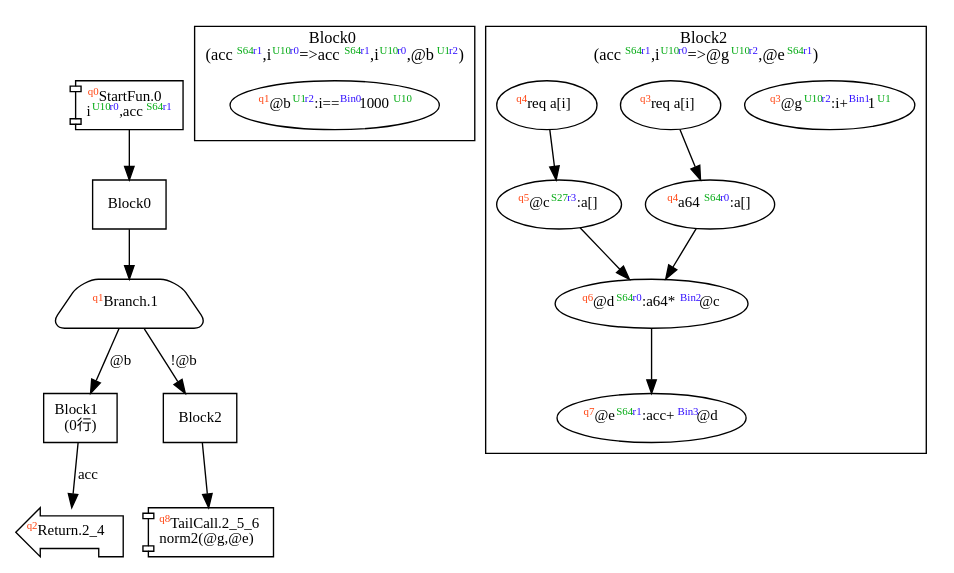
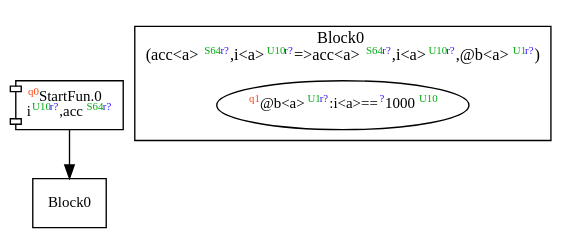
Before and after one commit to akouryy/SyntheScala: the diagram in dist/norm2.dot, drawn with Graphviz. The commit also changed 18 other files, not shown here.

```diff
--- a/dist/norm2.dot
+++ b/dist/norm2.dot
@@ -1,42 +1,13 @@
 digraph Program_ {
   graph [fontname = "Monaco", fontsize = 12, ranksep = 0.5];
   node [shape = box, fontname = "Monaco", fontsize = 11; colorscheme = pastel19];
   edge [fontname = "Monaco", fontsize = 11; colorscheme = pastel19];
-  Jump0[label = <<font color="#ff4411" point-size="8"><sup>q0</sup></font>StartFun.0<br/>i<font color="#00aa11" point-size="8"><sup>U10</sup></font><font color="#3311ff" point-size="8"><sup>r0</sup></font>,acc<font color="#00aa11" point-size="8"><sup>S64</sup></font><font color="#3311ff" point-size="8"><sup>r1</sup></font>>; shape = component];
+  Jump0[label = <<font color="#ff4411" point-size="8"><sup>q0</sup></font>StartFun.0<br/>i<font color="#00aa11" point-size="8"><sup>U10</sup></font><font color="#3311ff" point-size="8"><sup>r?</sup></font>,acc<font color="#00aa11" point-size="8"><sup>S64</sup></font><font color="#3311ff" point-size="8"><sup>r?</sup></font>>; shape = component];
   Jump0 -> Block0;
-  Jump1[
-    label = <<font color="#ff4411" point-size="8"><sup>q1</sup></font>Branch.1>;
-    shape = trapezium; style = rounded;
-  ];
-  Block0 -> Jump1;
-  Jump1 -> Block1 [label="@b"];
-  Jump1 -> Block2 [label="!@b"];
-  Jump2_4[label = <<font color="#ff4411" point-size="8"><sup>q2</sup></font>Return.2_4>; shape = lpromoter];
-  Block1 -> Jump2_4 [label="acc"];
-  Jump2_5_6[label = <<font color="#ff4411" point-size="8"><sup>q8</sup></font>TailCall.2_5_6<br/>norm2(@g,@e)>; shape = component];
-  Block2 -> Jump2_5_6;
   Block0 [label = "Block0"];
-  Block1 [label = "Block1\l(0行)"];
-  Block2 [label = "Block2"];
   subgraph cluster_dfg_Block0 {
     node [shape = oval];
-    label = <Block0<br/>(acc<font color="#00aa11" point-size="8"><sup>S64</sup></font><font color="#3311ff" point-size="8"><sup>r1</sup></font>,i<font color="#00aa11" point-size="8"><sup>U10</sup></font><font color="#3311ff" point-size="8"><sup>r0</sup></font>=&gt;acc<font color="#00aa11" point-size="8"><sup>S64</sup></font><font color="#3311ff" point-size="8"><sup>r1</sup></font>,i<font color="#00aa11" point-size="8"><sup>U10</sup></font><font color="#3311ff" point-size="8"><sup>r0</sup></font>,@b<font color="#00aa11" point-size="8"><sup>U1</sup></font><font color="#3311ff" point-size="8"><sup>r2</sup></font>)>;
-    1 [label=<<font color="#ff4411" point-size="8"><sup>q1</sup></font>@b<font color="#00aa11" point-size="8"><sup>U1</sup></font><font color="#3311ff" point-size="8"><sup>r2</sup></font>:i==<font color="#3311ff" point-size="8"><sup>Bin0</sup></font>1000<font color="#00aa11" point-size="8"><sup>U10</sup></font>>];
-  }
-  subgraph cluster_dfg_Block2 {
-    node [shape = oval];
-    label = <Block2<br/>(acc<font color="#00aa11" point-size="8"><sup>S64</sup></font><font color="#3311ff" point-size="8"><sup>r1</sup></font>,i<font color="#00aa11" point-size="8"><sup>U10</sup></font><font color="#3311ff" point-size="8"><sup>r0</sup></font>=&gt;@g<font color="#00aa11" point-size="8"><sup>U10</sup></font><font color="#3311ff" point-size="8"><sup>r2</sup></font>,@e<font color="#00aa11" point-size="8"><sup>S64</sup></font><font color="#3311ff" point-size="8"><sup>r1</sup></font>)>;
-    5 [label=<<font color="#ff4411" point-size="8"><sup>q5</sup></font>@c<font color="#00aa11" point-size="8"><sup>S27</sup></font><font color="#3311ff" point-size="8"><sup>r3</sup></font>:a[]>];
-    6 [label=<<font color="#ff4411" point-size="8"><sup>q6</sup></font>@d<font color="#00aa11" point-size="8"><sup>S64</sup></font><font color="#3311ff" point-size="8"><sup>r0</sup></font>:a64*<font color="#3311ff" point-size="8"><sup>Bin2</sup></font>@c>];
-    9 [label=<<font color="#ff4411" point-size="8"><sup>q3</sup></font>@g<font color="#00aa11" point-size="8"><sup>U10</sup></font><font color="#3311ff" point-size="8"><sup>r2</sup></font>:i+<font color="#3311ff" point-size="8"><sup>Bin1</sup></font>1<font color="#00aa11" point-size="8"><sup>U1</sup></font>>];
-    2 [label=<<font color="#ff4411" point-size="8"><sup>q3</sup></font>req a[i]>];
-    7 [label=<<font color="#ff4411" point-size="8"><sup>q7</sup></font>@e<font color="#00aa11" point-size="8"><sup>S64</sup></font><font color="#3311ff" point-size="8"><sup>r1</sup></font>:acc+<font color="#3311ff" point-size="8"><sup>Bin3</sup></font>@d>];
-    3 [label=<<font color="#ff4411" point-size="8"><sup>q4</sup></font>a64<font color="#00aa11" point-size="8"><sup>S64</sup></font><font color="#3311ff" point-size="8"><sup>r0</sup></font>:a[]>];
-    4 [label=<<font color="#ff4411" point-size="8"><sup>q4</sup></font>req a[i]>];
-    3 -> 6;
-    5 -> 6;
-    6 -> 7;
-    2 -> 3 [style = solid];
-    4 -> 5 [style = solid];
+    label = <Block0<br/>(acc&lt;a&gt;<font color="#00aa11" point-size="8"><sup>S64</sup></font><font color="#3311ff" point-size="8"><sup>r?</sup></font>,i&lt;a&gt;<font color="#00aa11" point-size="8"><sup>U10</sup></font><font color="#3311ff" point-size="8"><sup>r?</sup></font>=&gt;acc&lt;a&gt;<font color="#00aa11" point-size="8"><sup>S64</sup></font><font color="#3311ff" point-size="8"><sup>r?</sup></font>,i&lt;a&gt;<font color="#00aa11" point-size="8"><sup>U10</sup></font><font color="#3311ff" point-size="8"><sup>r?</sup></font>,@b&lt;a&gt;<font color="#00aa11" point-size="8"><sup>U1</sup></font><font color="#3311ff" point-size="8"><sup>r?</sup></font>)>;
+    1 [label=<<font color="#ff4411" point-size="8"><sup>q1</sup></font>@b&lt;a&gt;<font color="#00aa11" point-size="8"><sup>U1</sup></font><font color="#3311ff" point-size="8"><sup>r?</sup></font>:i&lt;a&gt;==<font color="#3311ff" point-size="8"><sup>?</sup></font>1000<font color="#00aa11" point-size="8"><sup>U10</sup></font>>];
   }
 }
```
